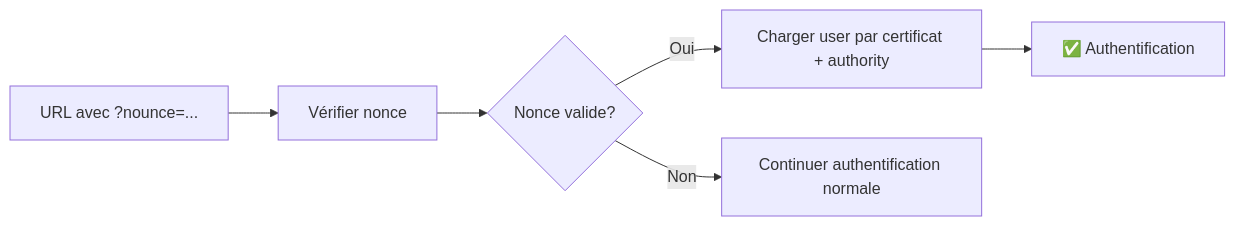
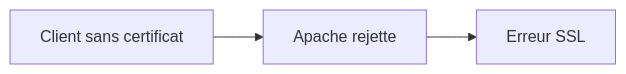
Before and after one commit to libriciel/s2low: the third of 3 diagrams in docs/AUTHENTICATION.md, drawn with Mermaid. The commit also changed other lines of this file, not shown here.

````diff
--- a/docs/AUTHENTICATION.md
+++ b/docs/AUTHENTICATION.md
@@ -130,8 +265,5 @@
 ```mermaid
 graph LR
-    A[URL avec ?nounce=...] --> B[Vérifier nonce]
-    B --> C{Nonce valide?}
-    C -->|Oui| D[Charger user par certificat + authority]
-    D --> E[✅ Authentification]
-    C -->|Non| F[Continuer authentification normale]
+    A[Client sans certificat] --> B[Apache rejette]
+    B --> C[Erreur SSL]
 ```
````
